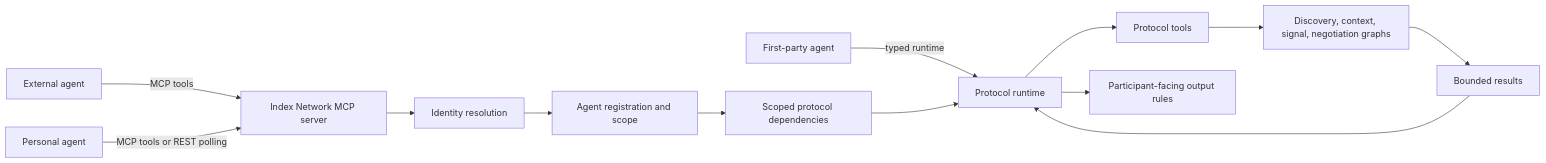
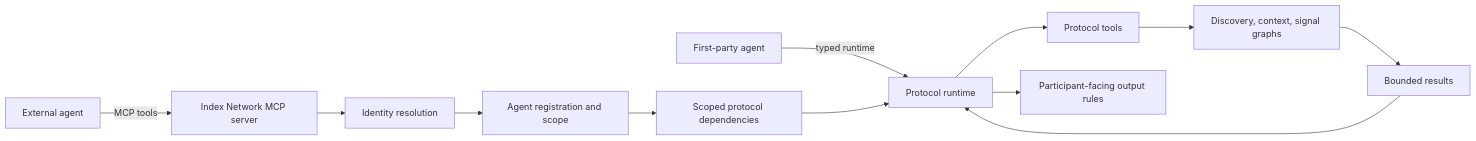
One commit to indexnetwork/index changed the sixth of 6 diagrams in packages/protocol/README.md. Above: the diagram before and after it, drawn with Mermaid. The commit also changed 293 other files, not shown here.

````diff
--- a/packages/protocol/README.md
+++ b/packages/protocol/README.md
@@ -394,17 +394,16 @@
 ```mermaid
 flowchart LR
     ExternalAgent[External agent] -->|MCP tools| McpServer[Index Network MCP server]
     FirstPartyAgent[First-party agent] -->|typed runtime| Runtime[Protocol runtime]
-    PersonalAgent[Personal agent] -->|MCP tools or REST polling| McpServer
 
     McpServer --> Identity[Identity resolution]
     Identity --> AgentGate[Agent registration and scope]
     AgentGate --> ScopedDeps[Scoped protocol dependencies]
     ScopedDeps --> Runtime
 
     Runtime --> Tools[Protocol tools]
-    Tools --> Graphs[Discovery, context, signal, negotiation graphs]
+    Tools --> Graphs[Discovery, context, signal graphs]
     Graphs --> Results[Bounded results]
     Results --> Runtime
     Runtime --> ParticipantOutput[Participant-facing output rules]
 ```
````
